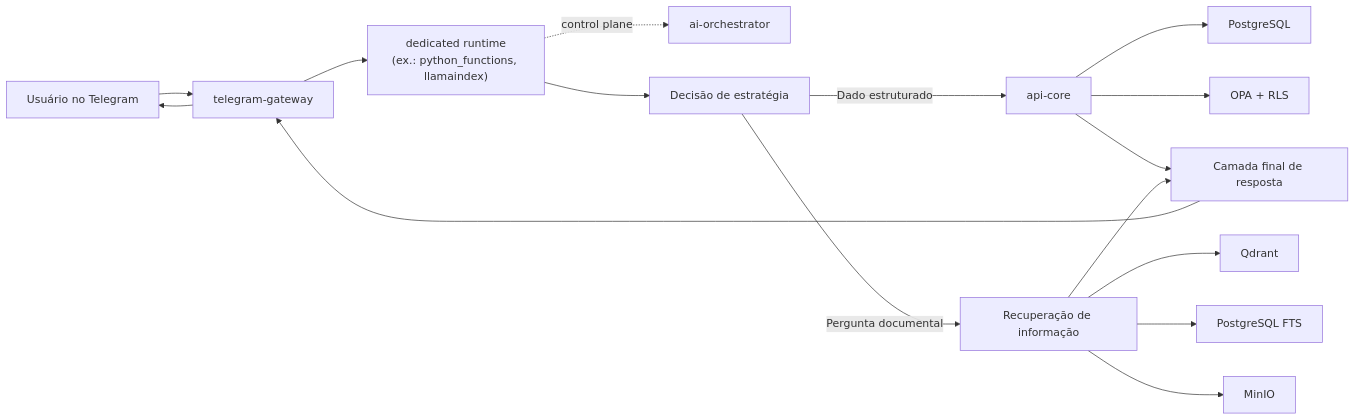
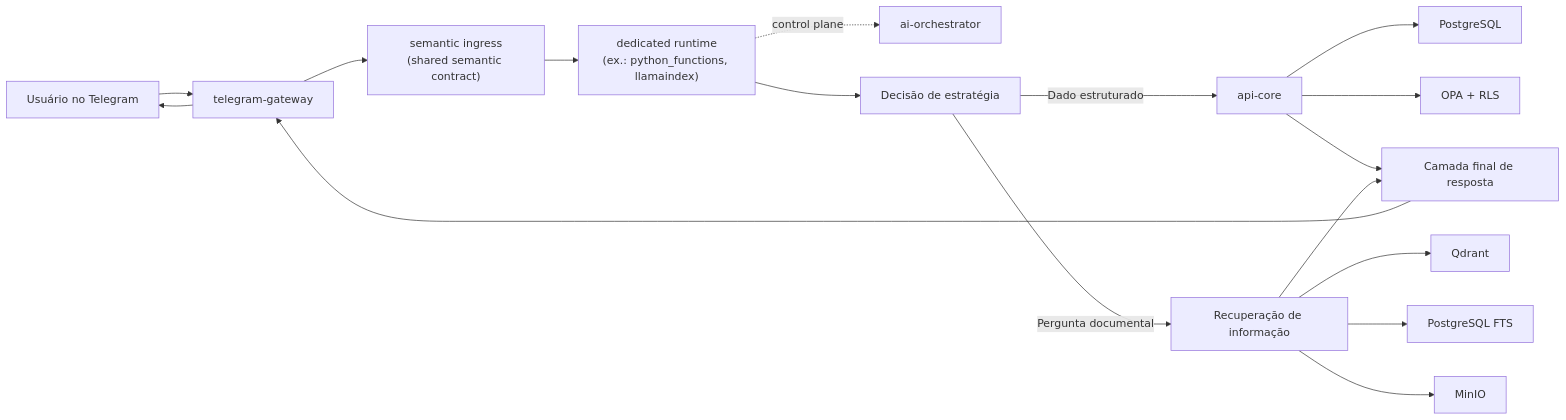
Before and after one commit to EliseuODaniel/eduassist-platform: the diagram in README.md, drawn with Mermaid. The commit also changed other lines of this file and 9 other files, not shown here.

Commit message:
Refresh READMEs for dedicated-first architecture

````diff
--- a/README.md
+++ b/README.md
@@ -33,18 +51,19 @@
 ```mermaid
 flowchart LR
     U["Usuário no Telegram"] --> TG["telegram-gateway"]
-    TG --> ORQ["dedicated runtime\n(ex.: python_functions, llamaindex)"]
+    TG --> ING["semantic ingress\n(shared semantic contract)"]
+    ING --> ORQ["dedicated runtime\n(ex.: python_functions, llamaindex)"]
     ORQ -. control plane .-> CPR["ai-orchestrator"]
     ORQ --> DEC["Decisão de estratégia"]
     DEC -->|Dado estruturado| API["api-core"]
     DEC -->|Pergunta documental| RET["Recuperação de informação"]
     API --> PG["PostgreSQL"]
     API --> POL["OPA + RLS"]
     RET --> QD["Qdrant"]
     RET --> FTS["PostgreSQL FTS"]
     RET --> OBJ["MinIO"]
     API --> EXP["Camada final de resposta"]
     RET --> EXP
     EXP --> TG
     TG --> U
 ```
````
